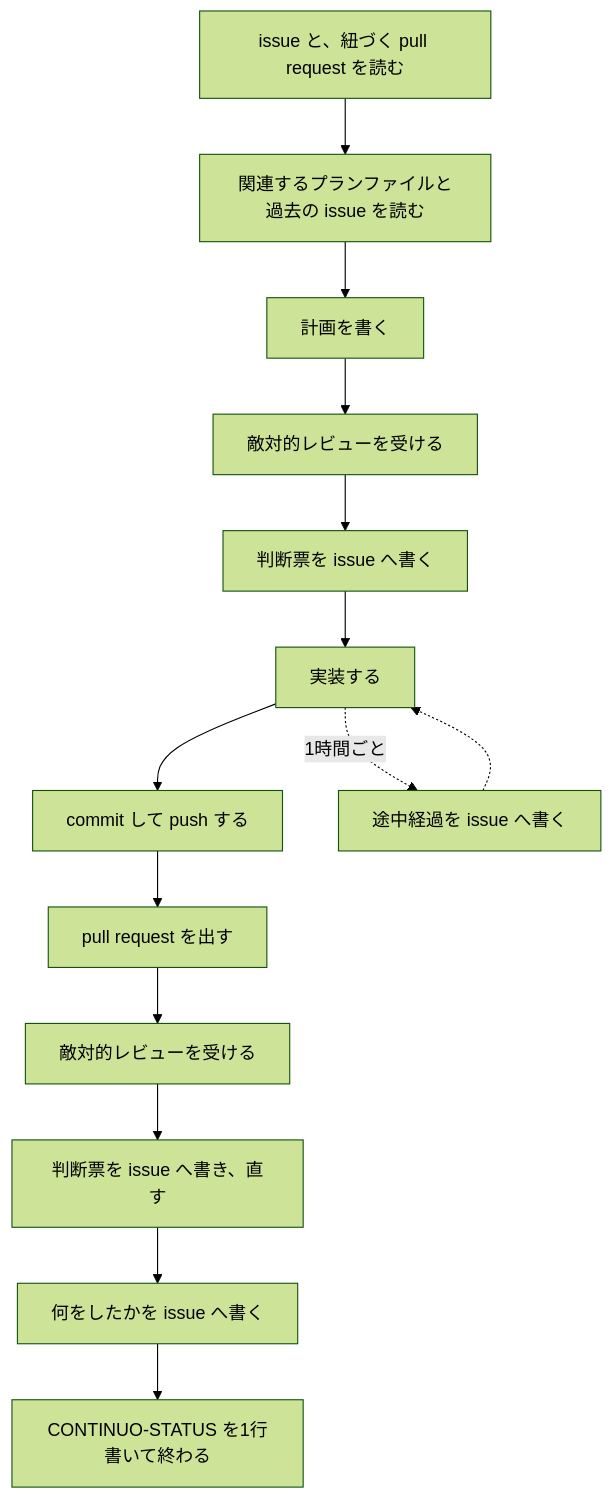
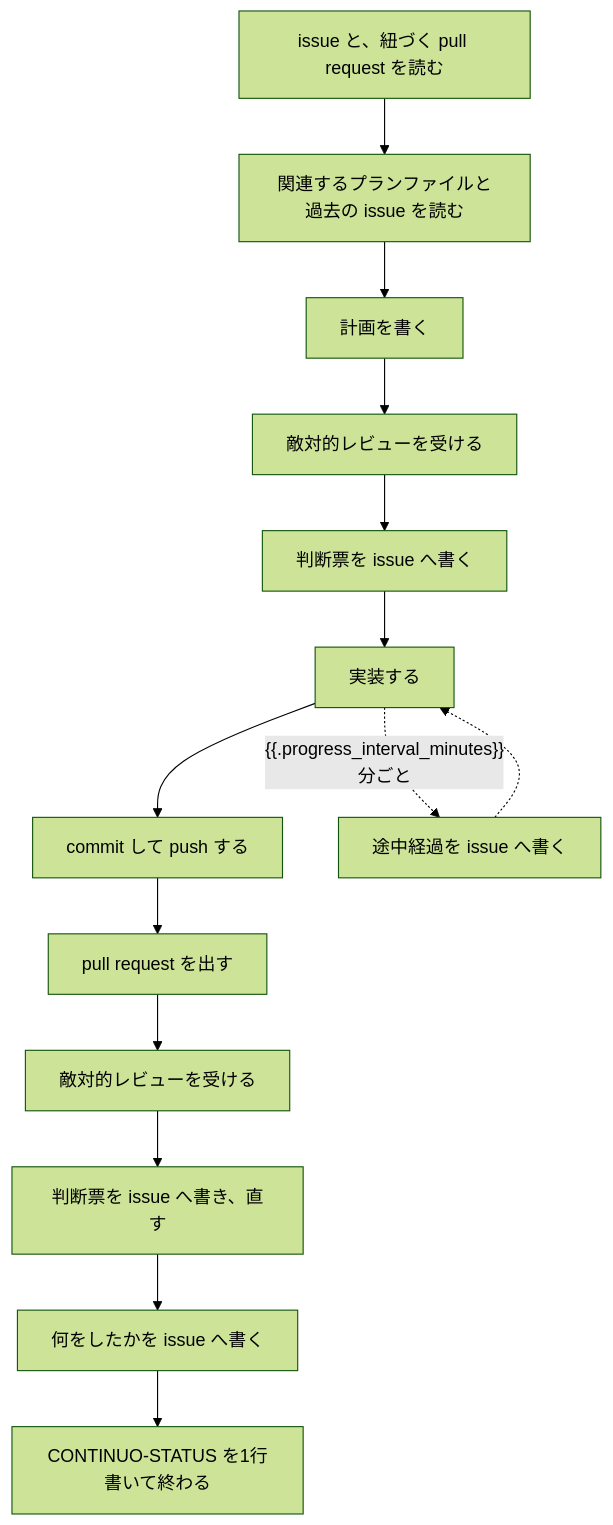
Before and after one commit to maimuzo/continuo: the diagram in internal/prompt/builtin.md, drawn with Mermaid (forest theme). The commit also changed other lines of this file and 12 other files, not shown here.

````diff
--- a/internal/prompt/builtin.md
+++ b/internal/prompt/builtin.md
@@ -16,16 +16,16 @@
 ```mermaid
 flowchart TD
     A["issue と、紐づく pull request を読む"] --> B["関連するプランファイルと過去の issue を読む"]
     B --> C["計画を書く"]
     C --> D["敵対的レビューを受ける"]
     D --> E["判断票を issue へ書く"]
     E --> F["実装する"]
     F --> G["commit して push する"]
     G --> H["pull request を出す"]
     H --> I["敵対的レビューを受ける"]
     I --> J["判断票を issue へ書き、直す"]
     J --> K["何をしたかを issue へ書く"]
     K --> L["CONTINUO-STATUS を1行書いて終わる"]
-    F -. "1時間ごと" .-> M["途中経過を issue へ書く"]
+    F -. "{{.progress_interval_minutes}}分ごと" .-> M["途中経過を issue へ書く"]
     M -.-> F
 ```
````
